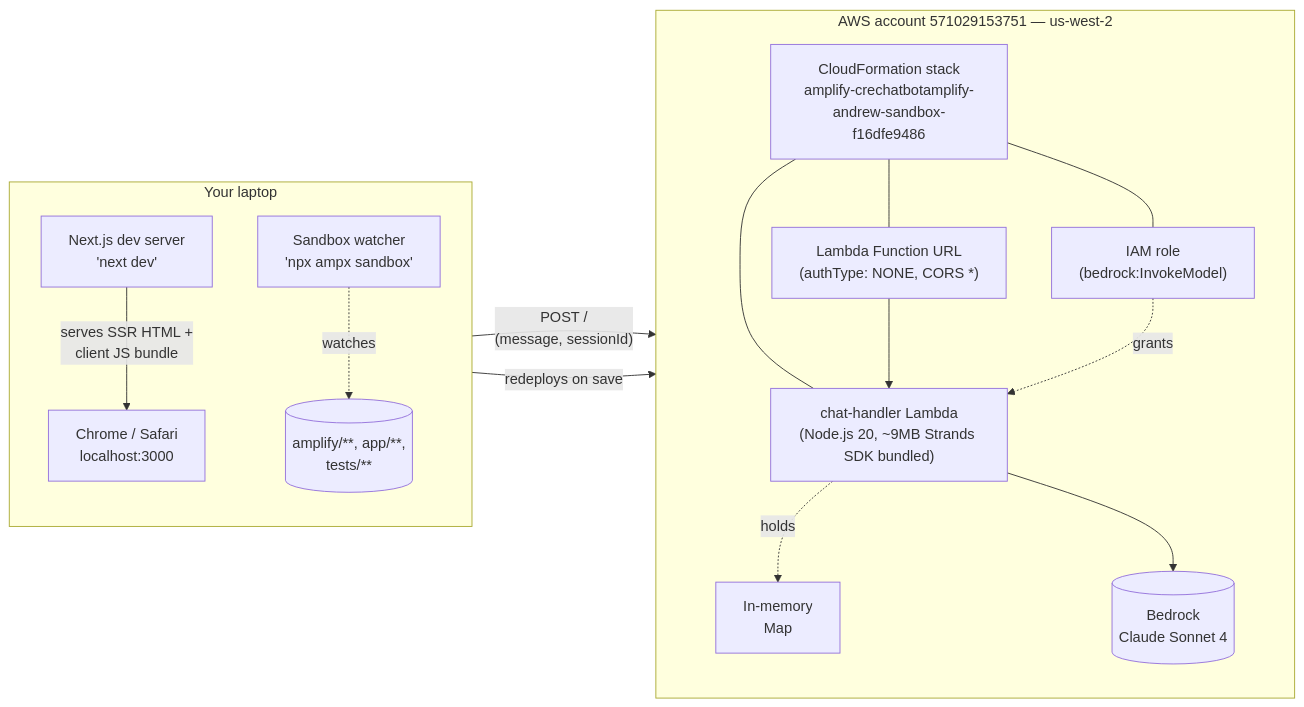
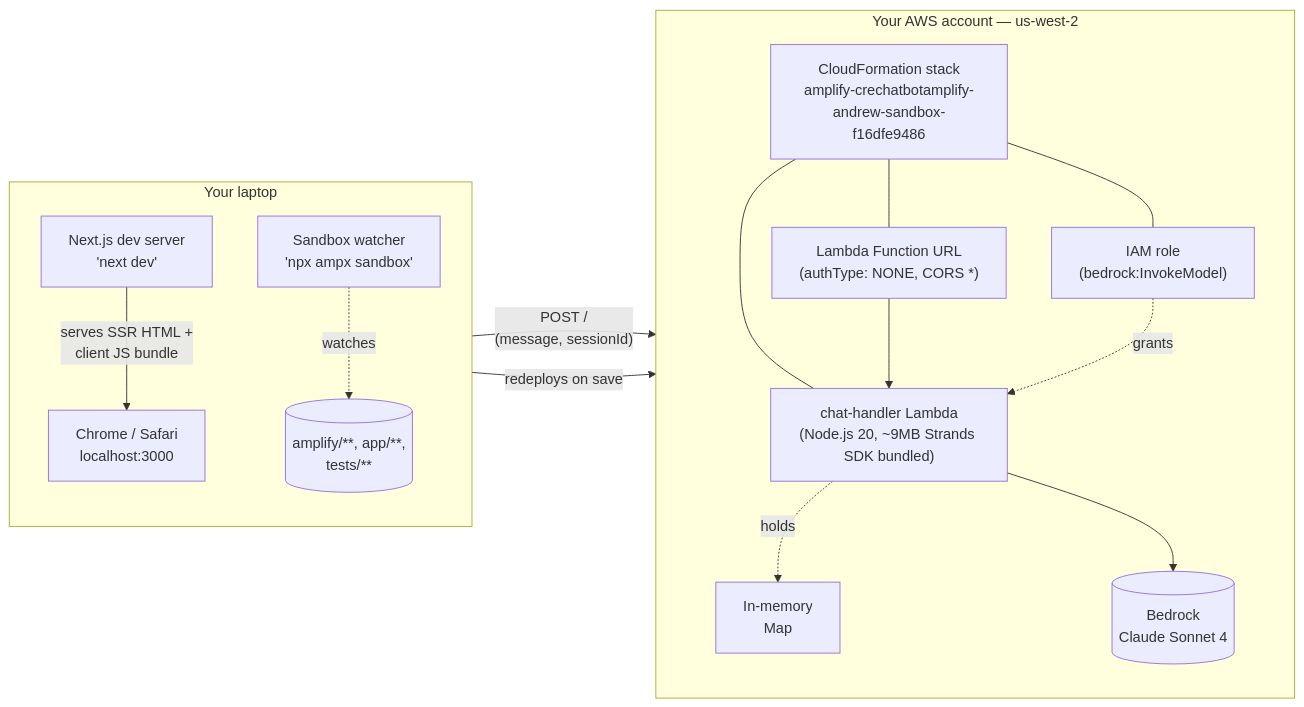
The first of 2 diagrams in ARCHITECTURE.md (michitson/cre-chatbot-strands-ts), drawn with Mermaid before and after one commit. The commit also changed other lines of this file, not shown here.

First line of the commit message:
chore(docs): anonymize ARCHITECTURE.md for public repo

````diff
--- a/ARCHITECTURE.md
+++ b/ARCHITECTURE.md
@@ -26,33 +26,33 @@
 ```mermaid
 flowchart LR
   subgraph laptop["Your laptop"]
     direction TB
     browser[Chrome / Safari<br/>localhost:3000]
     next[Next.js dev server<br/>'next dev']
     watcher[Sandbox watcher<br/>'npx ampx sandbox']
     code[(amplify/**, app/**,<br/>tests/**)]
     watcher -. watches .-> code
   end
 
-  subgraph aws["AWS account 571029153751 — us-west-2"]
+  subgraph aws["Your AWS account — us-west-2"]
     direction TB
     cf["CloudFormation stack<br/>amplify-crechatbotamplify-andrew-sandbox-f16dfe9486"]
     fnurl["Lambda Function URL<br/>(authType: NONE, CORS *)"]
     lambda["chat-handler Lambda<br/>(Node.js 20, ~9MB Strands SDK bundled)"]
     map["In-memory<br/>Map<sessionId, SessionState>"]
     iam["IAM role<br/>(bedrock:InvokeModel)"]
     bedrock[("Bedrock<br/>Claude Sonnet 4")]
 
     cf --- fnurl
     cf --- lambda
     cf --- iam
     fnurl --> lambda
     lambda -. holds .-> map
     iam -. grants .-> lambda
     lambda --> bedrock
   end
 
   browser -- "POST /<br/>(message, sessionId)" --> fnurl
   next -- "serves SSR HTML +<br/>client JS bundle" --> browser
   watcher -- "redeploys on save" --> lambda
 ```
````
